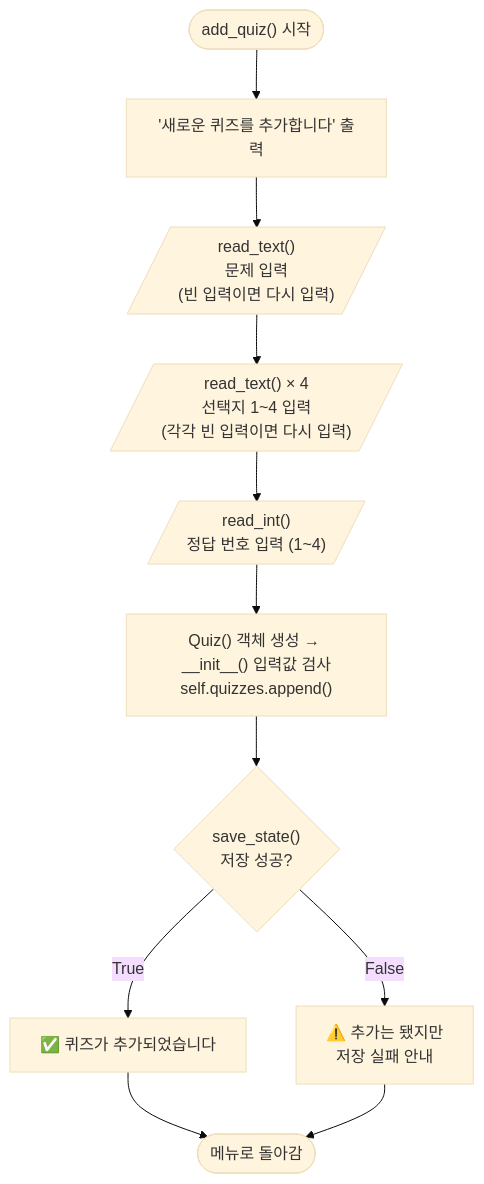
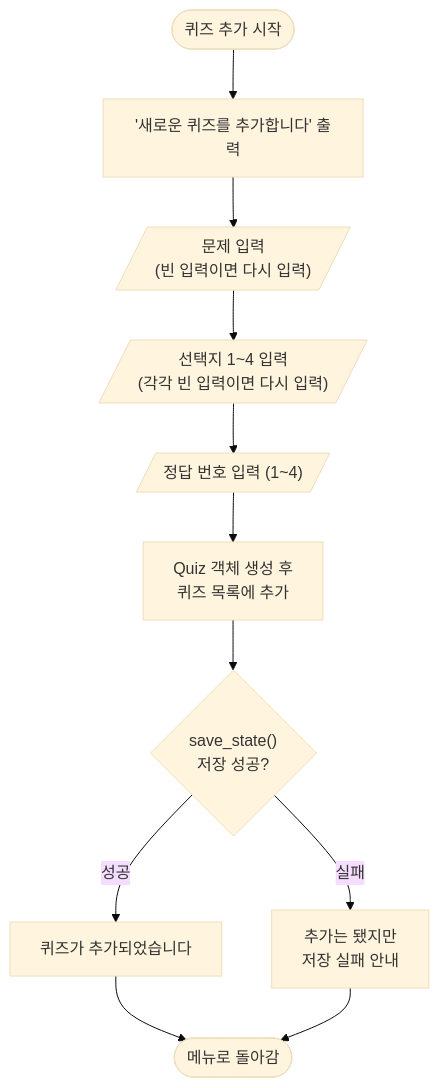
One commit to L011235/Mission-1-2-Quiz-Game changed the fourth of 4 diagrams in README.md. Above: the diagram before and after it, drawn with Mermaid (base theme). The commit also changed other lines of this file and 1 other file, not shown here.

Commit message:
Feat: 풀 문제 수 선택 기능 구현

````diff
--- a/README.md
+++ b/README.md
@@ -250,13 +250,13 @@
 ```mermaid
 flowchart TD
-    A(["add_quiz() 시작"]) --> B["'새로운 퀴즈를 추가합니다' 출력"]
-    B --> C[/"read_text()<br/>문제 입력<br/>(빈 입력이면 다시 입력)"/]
-    C --> D[/"read_text() × 4<br/>선택지 1~4 입력<br/>(각각 빈 입력이면 다시 입력)"/]
-    D --> E[/"read_int()<br/>정답 번호 입력 (1~4)"/]
-    E --> F["Quiz() 객체 생성 → __init__() 입력값 검사<br/>self.quizzes.append()"]
+    A([퀴즈 추가 시작]) --> B["'새로운 퀴즈를 추가합니다' 출력"]
+    B --> C[/"문제 입력<br/>(빈 입력이면 다시 입력)"/]
+    C --> D[/"선택지 1~4 입력<br/>(각각 빈 입력이면 다시 입력)"/]
+    D --> E[/"정답 번호 입력 (1~4)"/]
+    E --> F["Quiz 객체 생성 후<br/>퀴즈 목록에 추가"]
     F --> G{"save_state()<br/>저장 성공?"}
-    G -->|"True"| H["✅ 퀴즈가 추가되었습니다"]
-    G -->|"False"| I["⚠️ 추가는 됐지만<br/>저장 실패 안내"]
+    G -->|성공| H[" 퀴즈가 추가되었습니다"]
+    G -->|실패| I[" 추가는 됐지만<br/>저장 실패 안내"]
     H --> END([메뉴로 돌아감])
     I --> END
 ```
````
